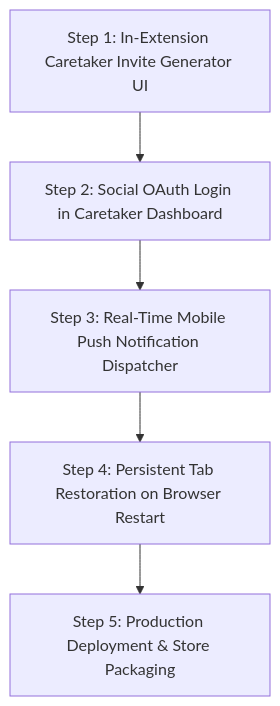
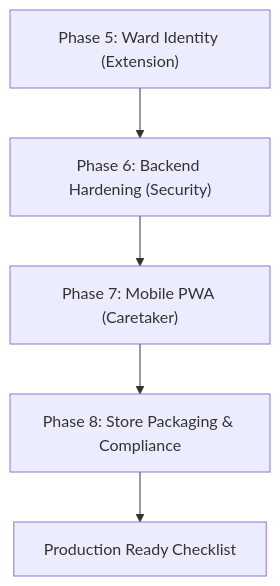
Before and after one commit to Deepanshu-2006/Guardrail-UI: the diagram in guardrail/PRODUCTION_ROADMAP.md, drawn with Mermaid. The commit also changed other lines of this file, not shown here.

First line of the commit message:
docs(roadmap): mark shipped work and outline remaining phases

````diff
--- a/guardrail/PRODUCTION_ROADMAP.md
+++ b/guardrail/PRODUCTION_ROADMAP.md
@@ -117,7 +113,7 @@
 ```mermaid
 flowchart TD
-    Step1["Step 1: In-Extension Caretaker Invite Generator UI"] --> Step2["Step 2: Social OAuth Login in Caretaker Dashboard"]
-    Step2 --> Step3["Step 3: Real-Time Mobile Push Notification Dispatcher"]
-    Step3 --> Step4["Step 4: Persistent Tab Restoration on Browser Restart"]
-    Step4 --> Step5["Step 5: Production Deployment & Store Packaging"]
+    P5["Phase 5: Ward Identity (Extension)"] --> P6["Phase 6: Backend Hardening (Security)"]
+    P6 --> P7["Phase 7: Mobile PWA (Caretaker)"]
+    P7 --> P8["Phase 8: Store Packaging & Compliance"]
+    P8 --> DeployReady["Production Ready Checklist"]
 ```
````
